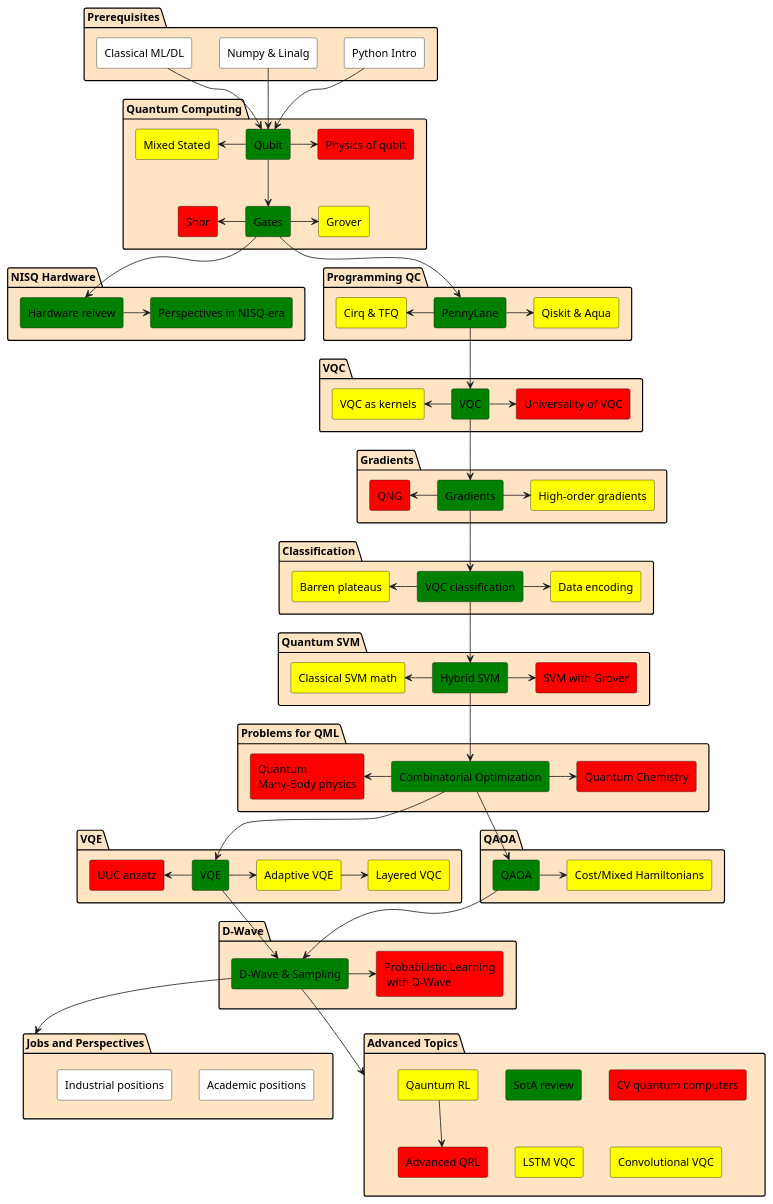
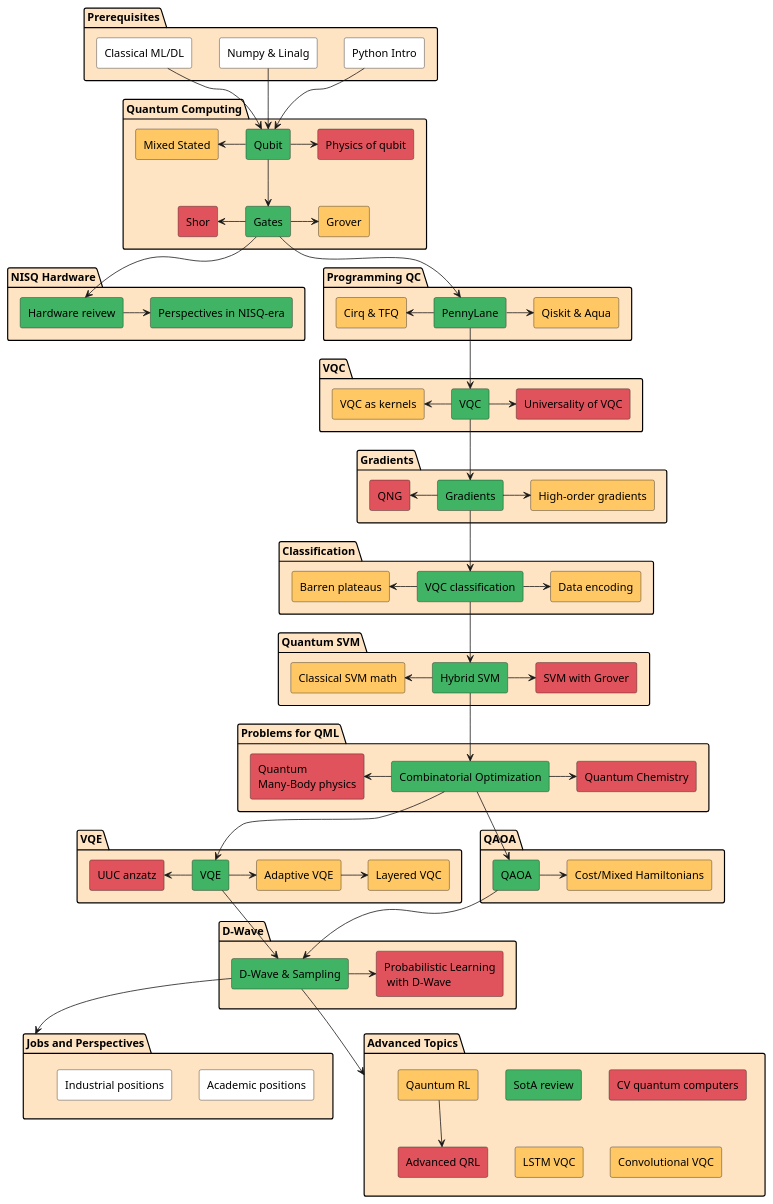
Before and after one commit to quantum-ods/qmlcourse: the diagram in qmlcourseRU/_static/index/program.plantuml, drawn with PlantUML. The commit also changed 6 other files, not shown here.

First line of the commit message:
Update colors in PlantUML

```diff
--- a/qmlcourseRU/_static/index/program.plantuml
+++ b/qmlcourseRU/_static/index/program.plantuml
@@ -1,144 +1,144 @@
 @startuml
 package "Prerequisites" #Bisque {
         rectangle "Python Intro" as python #White
         rectangle "Numpy & Linalg" as numpy #White
         rectangle "Classical ML/DL" as ml #White
 }
 
 package "Quantum Computing" as qci #Bisque {
-        rectangle "Qubit" as qubit #Green
-        rectangle "Gates" as gates #Green
-        rectangle "Physics of qubit" as physq #Red
-        rectangle "Mixed Stated" as mixed #Yellow
-        rectangle "Grover" as grover #Yellow
-        rectangle "Shor" as shor #Red
+        rectangle "Qubit" as qubit #40B464
+        rectangle "Gates" as gates #40B464
+        rectangle "Physics of qubit" as physq #E0535C
+        rectangle "Mixed Stated" as mixed #FFC864
+        rectangle "Grover" as grover #FFC864
+        rectangle "Shor" as shor #E0535C
 }
 
 package "NISQ Hardware" #Bisque {
-        rectangle "Hardware reivew" as review #Green
-        rectangle "Perspectives in NISQ-era" as nisq #Green
+        rectangle "Hardware reivew" as review #40B464
+        rectangle "Perspectives in NISQ-era" as nisq #40B464
 }
 
 package "Programming QC" #Bisque {
-        rectangle "PennyLane" as pennylane #Green
-        rectangle "Qiskit & Aqua" as qiskit #Yellow
-        rectangle "Cirq & TFQ" as cirq #Yellow
+        rectangle "PennyLane" as pennylane #40B464
+        rectangle "Qiskit & Aqua" as qiskit #FFC864
+        rectangle "Cirq & TFQ" as cirq #FFC864
 }
 
 package "VQC" #Bisque {
-        rectangle "VQC" as vqc #Green
-        rectangle "VQC as kernels" as kernelvqc #Yellow
-        rectangle "Universality of VQC" as univvqc #Red
+        rectangle "VQC" as vqc #40B464
+        rectangle "VQC as kernels" as kernelvqc #FFC864
+        rectangle "Universality of VQC" as univvqc #E0535C
 }
 
 package "Gradients" #Bisque {
-        rectangle "Gradients" as grad #Green
-        rectangle "High-order gradients" as hograd #Yellow
-        rectangle "QNG" as qng #Red
+        rectangle "Gradients" as grad #40B464
+        rectangle "High-order gradients" as hograd #FFC864
+        rectangle "QNG" as qng #E0535C
 }
 
 package "Classification" #Bisque {
-        rectangle "VQC classification" as vqcc #Green
-        rectangle "Barren plateaus" as barren #Yellow
-        rectangle "Data encoding" as encoding #Yellow
+        rectangle "VQC classification" as vqcc #40B464
+        rectangle "Barren plateaus" as barren #FFC864
+        rectangle "Data encoding" as encoding #FFC864
 }
 
 package "Quantum SVM" #Bisque {
-        rectangle "Hybrid SVM" as hsvm #Green
-        rectangle "Classical SVM math" as csvm #Yellow
-        rectangle "SVM with Grover" as gsvm #Red
+        rectangle "Hybrid SVM" as hsvm #40B464
+        rectangle "Classical SVM math" as csvm #FFC864
+        rectangle "SVM with Grover" as gsvm #E0535C
 }
 
 package "Problems for QML" #Bisque {
-        rectangle "Combinatorial Optimization" as copt #Green
-        rectangle "Quantum\nMany-Body physics" as qmbp #Red
-        rectangle "Quantum Chemistry" as qchem #Red
+        rectangle "Combinatorial Optimization" as copt #40B464
+        rectangle "Quantum\nMany-Body physics" as qmbp #E0535C
+        rectangle "Quantum Chemistry" as qchem #E0535C
 }
 
 package "VQE" #Bisque {
-        rectangle "VQE" as vqe #Green
-        rectangle "Adaptive VQE" as avqe #Yellow
-        rectangle "Layered VQC" as lvqe #Yellow
-        rectangle "UUC anzatz" as uuc #Red
+        rectangle "VQE" as vqe #40B464
+        rectangle "Adaptive VQE" as avqe #FFC864
+        rectangle "Layered VQC" as lvqe #FFC864
+        rectangle "UUC anzatz" as uuc #E0535C
 }
 
 package "QAOA" #Bisque {
-        rectangle "QAOA" as qaoa #Green
-        rectangle "Cost/Mixed Hamiltonians" as hams #Yellow
+        rectangle "QAOA" as qaoa #40B464
+        rectangle "Cost/Mixed Hamiltonians" as hams #FFC864
 }
 
 package "D-Wave" #Bisque {
-        rectangle "D-Wave & Sampling" as dwave #Green
-        rectangle "Probabilistic Learning\n with D-Wave" as probml #Red
+        rectangle "D-Wave & Sampling" as dwave #40B464
+        rectangle "Probabilistic Learning\n with D-Wave" as probml #E0535C
 }
 
 package "Jobs and Perspectives" as jobs #Bisque {
         rectangle "Academic positions" as academic #White
         rectangle "Industrial positions" as industrial #White
 }
 
 package "Advanced Topics" as adv #Bisque {
-        rectangle "SotA review" as sota #Green
-        rectangle "Qauntum RL" as qrl #Yellow
-        rectangle "Advanced QRL" as aqrl #Red
-        rectangle "CV quantum computers" as svqc #Red
-        rectangle "LSTM VQC" as lstm #Yellow
-        rectangle "Convolutional VQC" as convvqc #Yellow
+        rectangle "SotA review" as sota #40B464
+        rectangle "Qauntum RL" as qrl #FFC864
+        rectangle "Advanced QRL" as aqrl #E0535C
+        rectangle "CV quantum computers" as svqc #E0535C
+        rectangle "LSTM VQC" as lstm #FFC864
+        rectangle "Convolutional VQC" as convvqc #FFC864
 }
 
 
 python --> qubit
 numpy --> qubit
 ml --> qubit
 
 qubit --> gates
 qubit -> physq
 mixed <- qubit
 gates -> grover
 shor <- gates
 
 gates --> review
 review -> nisq
 
 gates --> pennylane
 cirq <- pennylane
 pennylane -> qiskit
 
 pennylane --> vqc
 kernelvqc <- vqc
 vqc -> univvqc
 
 vqc --> grad
 qng <- grad
 grad -> hograd
 
 grad --> vqcc
 barren <- vqcc
 vqcc -> encoding
 
 vqcc --> hsvm
 csvm <- hsvm
 hsvm -> gsvm
 
 hsvm --> copt
 qmbp <- copt
 copt -> qchem
 
 copt --> vqe
 uuc <- vqe
 vqe -> avqe
 avqe -> lvqe
 
 copt --> qaoa
 qaoa -> hams
 
 qaoa --> dwave
 vqe --> dwave
 dwave -> probml
 
 dwave --> jobs
 
 dwave -->adv
 qrl --> aqrl
 
 @enduml
```
